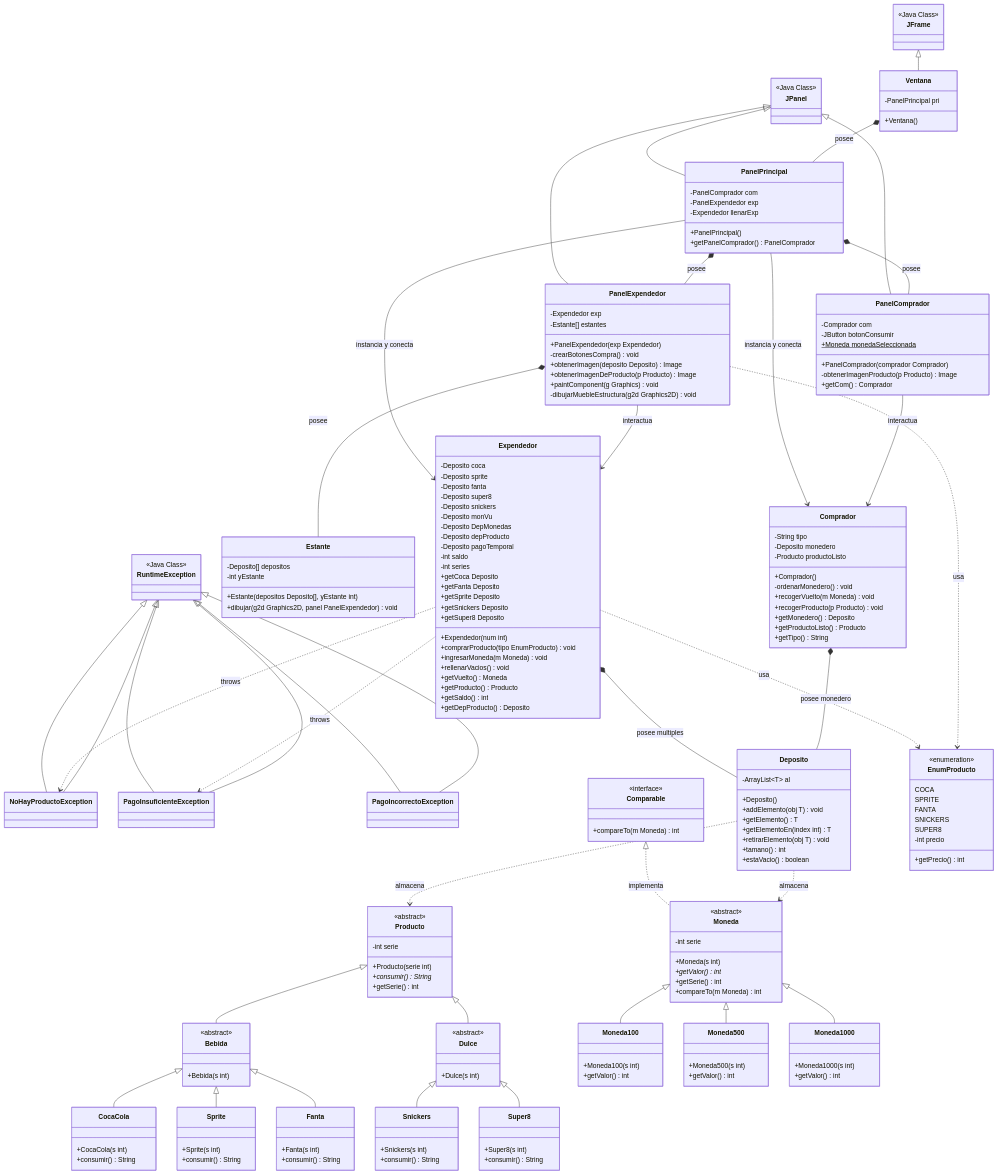
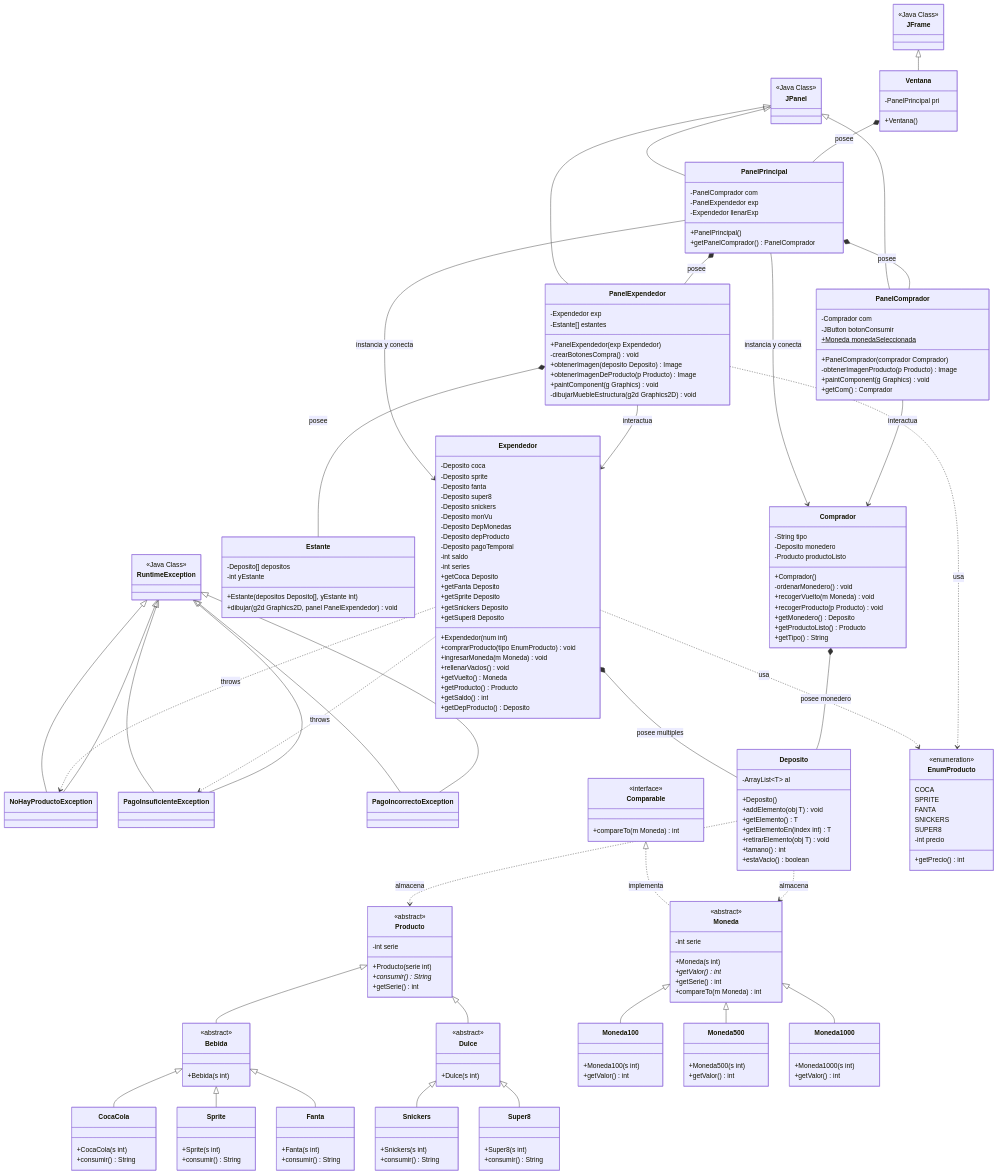
Before and after one commit to poch4kkoo/Tarea3: the diagram in README.md, drawn with Mermaid.

Commit message:
agrege metodo faltante en PanelComprador (UML)

```diff
--- a/README.md
+++ b/README.md
@@ -110,6 +110,7 @@
         +Moneda monedaSeleccionada$
         +PanelComprador(comprador Comprador)
         -obtenerImagenProducto(p Producto) Image
+        +paintComponent(g Graphics) void
         +getCom() Comprador
     }
 
```
